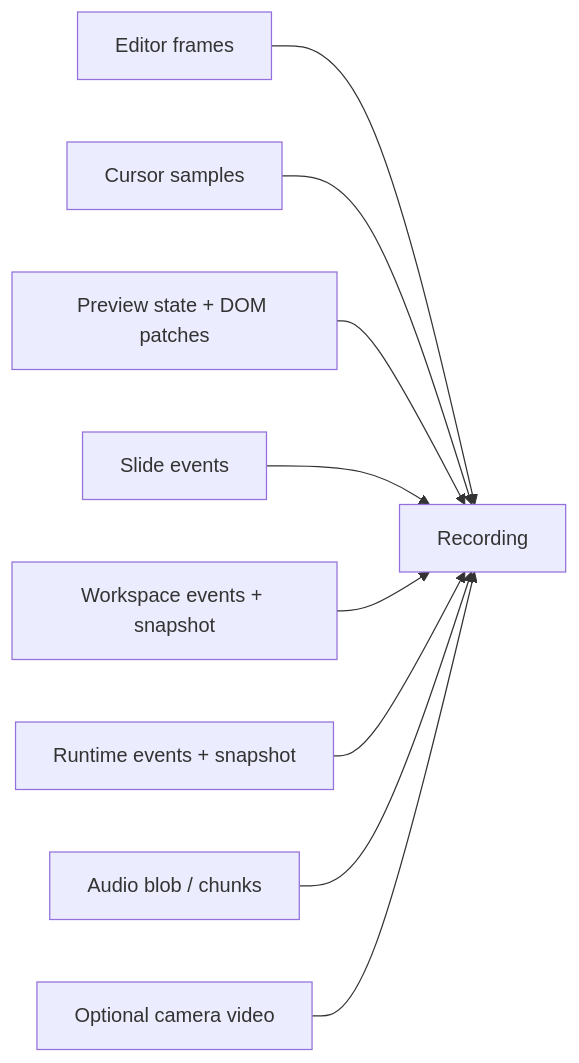
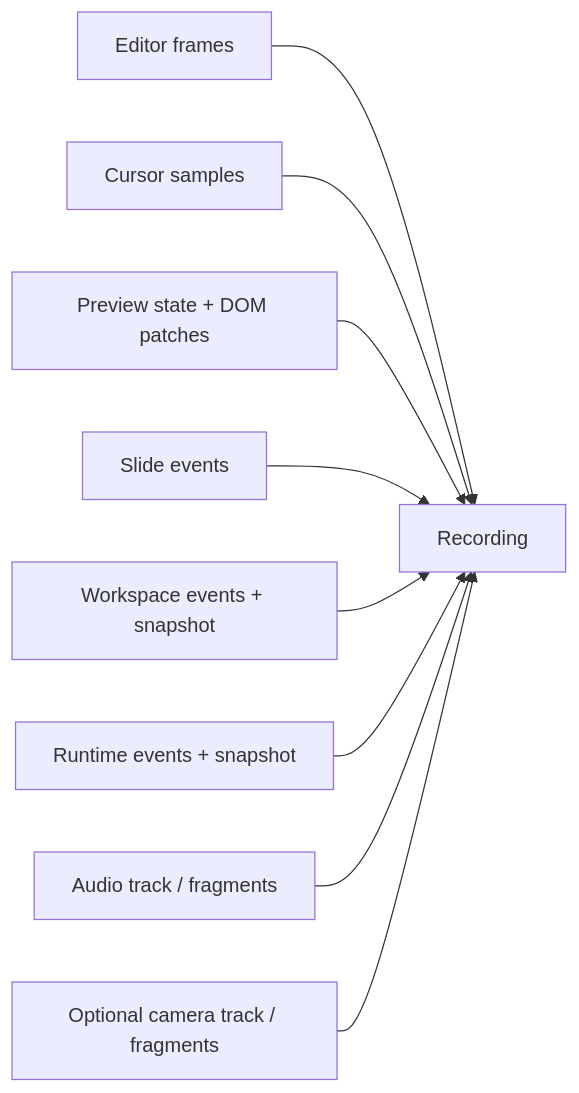
Before and after one commit to channyeintun/next-editor: the second of 3 diagrams in docs/core.md, drawn with Mermaid. The commit also changed other lines of this file and 6 other files, not shown here.

````diff
--- a/docs/core.md
+++ b/docs/core.md
@@ -67,11 +67,11 @@
 ```mermaid
 flowchart LR
   Editor[Editor frames] --> Recording
   Cursor[Cursor samples] --> Recording
   Preview[Preview state + DOM patches] --> Recording
   Slides[Slide events] --> Recording
   Workspace[Workspace events + snapshot] --> Recording
   Runtime[Runtime events + snapshot] --> Recording
-  Audio[Audio blob / chunks] --> Recording
-  Camera[Optional camera video] --> Recording
+  Audio[Audio track / fragments] --> Recording
+  Camera[Optional camera track / fragments] --> Recording
 ```
````
